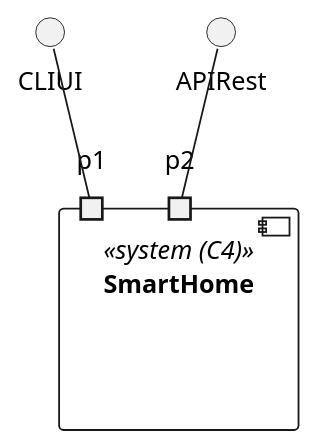
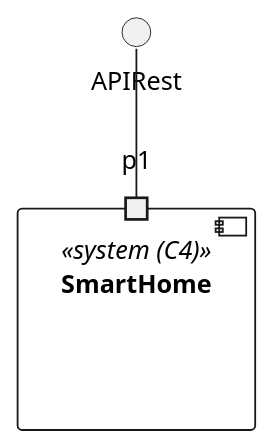
One commit to olivDiogo/SmartHome changed the diagram in docs/ooa/C4_4plus1_models_v2/Level1/LogicalView/LogicalViewLevel1.puml. Above: the diagram before and after it, drawn with PlantUML. The commit also changed 2 other files, not shown here.

```diff
--- a/docs/ooa/C4_4plus1_models_v2/Level1/LogicalView/LogicalViewLevel1.puml
+++ b/docs/ooa/C4_4plus1_models_v2/Level1/LogicalView/LogicalViewLevel1.puml
@@ -1,12 +1,10 @@
 @startuml
 'https://plantuml.com/component-diagram
 
 component SmartHome <<system (C4)>> {
 port p1
-port p2
 }
 
-CLIUI -down- p1
-APIRest -down- p2
+APIRest -down- p1
 
 @enduml
```
